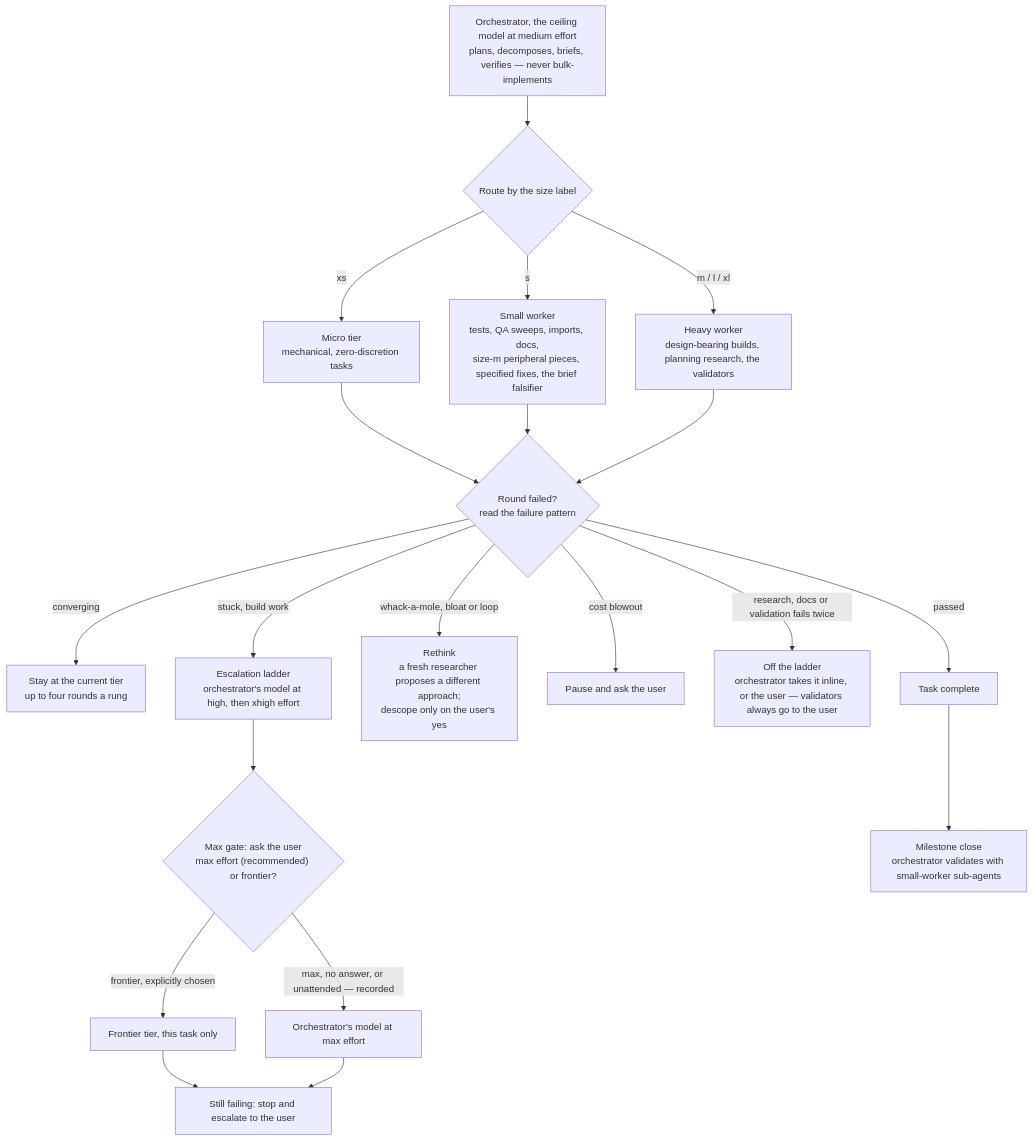
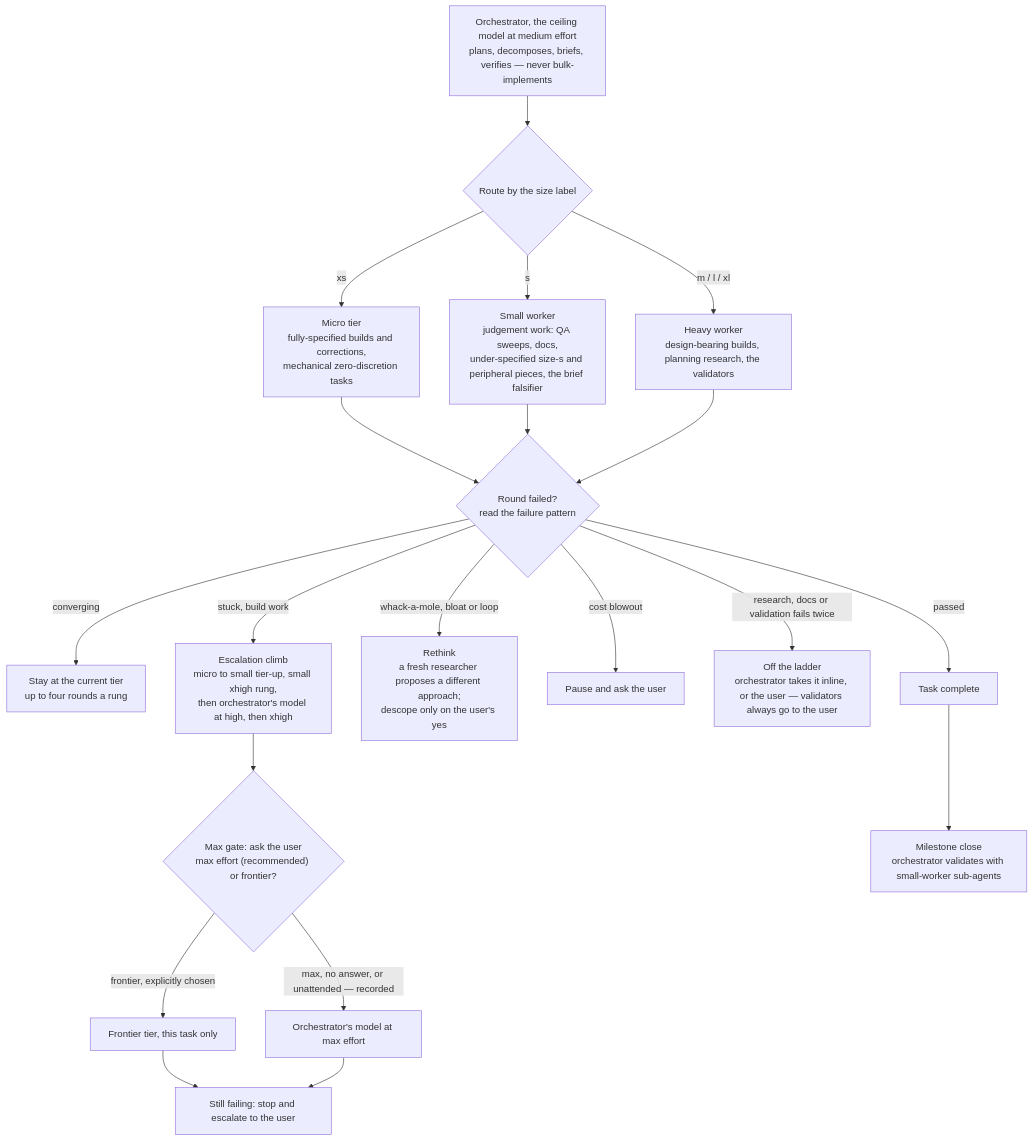
One commit to Zenosyne-Technologies/agent-operating-kit changed the second of 3 diagrams in README.md. Above: the diagram before and after it, drawn with Mermaid. The commit also changed other lines of this file and 1 other file, not shown here.

Commit message:
AOS-182: README flowchart and ladder summaries follow the tier-up climb

````diff
--- a/README.md
+++ b/README.md
@@ -142,22 +142,22 @@
 ```mermaid
 flowchart TD
     O["Orchestrator, the ceiling model at medium effort<br/>plans, decomposes, briefs, verifies — never bulk-implements"] --> R{"Route by the size label"}
-    R -->|xs| MI["Micro tier<br/>mechanical, zero-discretion tasks"]
-    R -->|s| SM["Small worker<br/>tests, QA sweeps, imports, docs,<br/>size-m peripheral pieces, specified fixes, the brief falsifier"]
+    R -->|xs| MI["Micro tier<br/>fully-specified builds and corrections,<br/>mechanical zero-discretion tasks"]
+    R -->|s| SM["Small worker<br/>judgement work: QA sweeps, docs,<br/>under-specified size-s and peripheral pieces, the brief falsifier"]
     R -->|m / l / xl| HV["Heavy worker<br/>design-bearing builds, planning research, the validators"]
     MI --> X{"Round failed?<br/>read the failure pattern"}
     SM --> X
     HV --> X
     X -->|converging| SR["Stay at the current tier<br/>up to four rounds a rung"]
-    X -->|stuck, build work| EH["Escalation ladder<br/>orchestrator's model at high, then xhigh effort"]
+    X -->|stuck, build work| EH["Escalation climb<br/>micro to small tier-up, small xhigh rung,<br/>then orchestrator's model at high, then xhigh"]
     X -->|whack-a-mole, bloat or loop| RT["Rethink<br/>a fresh researcher proposes a different approach;<br/>descope only on the user's yes"]
     X -->|cost blowout| PA["Pause and ask the user"]
     X -->|research, docs or validation fails twice| OL["Off the ladder<br/>orchestrator takes it inline, or the user — validators always go to the user"]
     X -->|passed| DN["Task complete"]
     EH --> MG{"Max gate: ask the user<br/>max effort (recommended) or frontier?"}
     MG -->|max, no answer, or unattended — recorded| EM["Orchestrator's model at max effort"]
     MG -->|frontier, explicitly chosen| EF["Frontier tier, this task only"]
     EF --> ST["Still failing: stop and escalate to the user"]
     EM --> ST
     DN --> MS["Milestone close<br/>orchestrator validates with small-worker sub-agents"]
 ```
````
